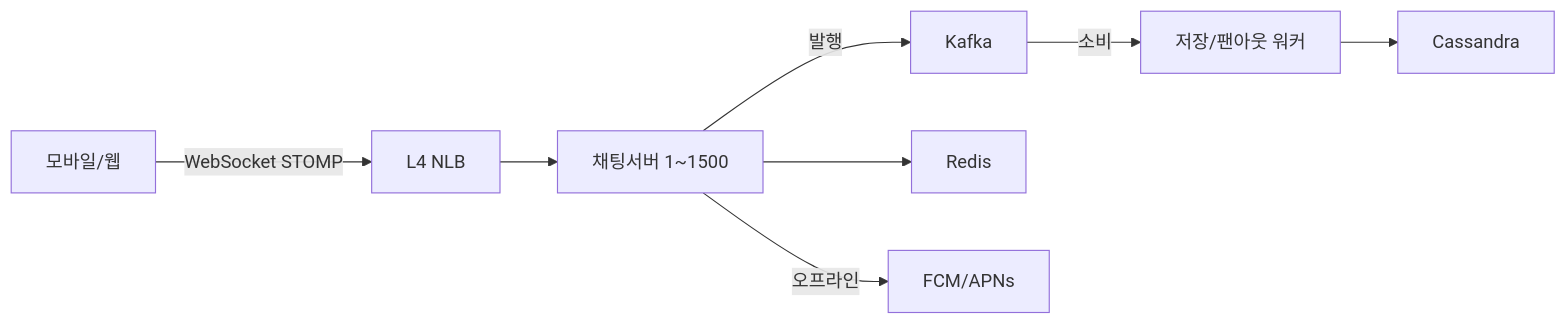
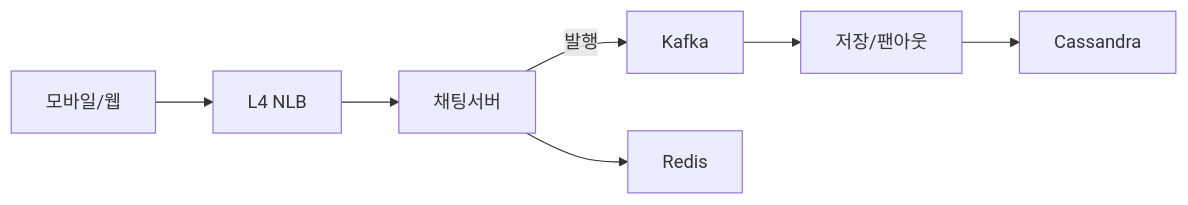
One commit to yjkim2015/yjkim2015.github.io changed the fifth of 7 diagrams in _posts/systemdesign/2026-05-02-system-design-chat.md. Above: the diagram before and after it, drawn with Mermaid. The commit also changed other lines of this file and 245 other files, not shown here.

First line of the commit message:
Mermaid 다이어그램 전면 수정 + 면접 포인트 접기/펼치기 + DB 데드락 페이지

````diff
--- a/_posts/systemdesign/2026-05-02-system-design-chat.md
+++ b/_posts/systemdesign/2026-05-02-system-design-chat.md
@@ -724,10 +724,9 @@
 ```mermaid
 graph LR
-    Client["모바일/웹"] -->|"WebSocket STOMP"| LB["L4 NLB"]
-    LB --> CS["채팅서버 1~1500"]
+    Client["모바일/웹"] --> LB["L4 NLB"]
+    LB --> CS["채팅서버"]
     CS -->|"발행"| Kafka["Kafka"]
-    Kafka -->|"소비"| Worker["저장/팬아웃 워커"]
+    Kafka --> Worker["저장/팬아웃"]
     Worker --> Cass["Cassandra"]
     CS --> Redis["Redis"]
-    CS -->|"오프라인"| Push["FCM/APNs"]
 ```
````
